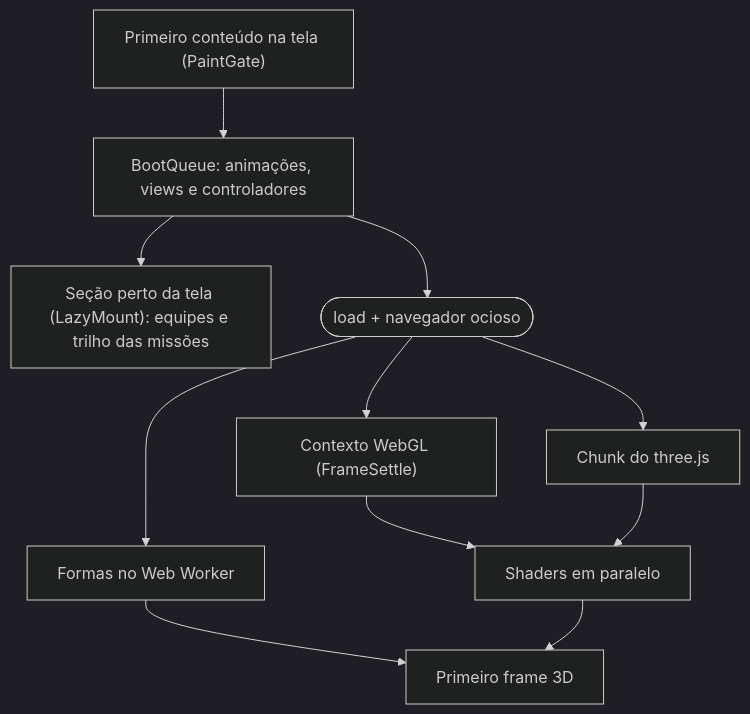
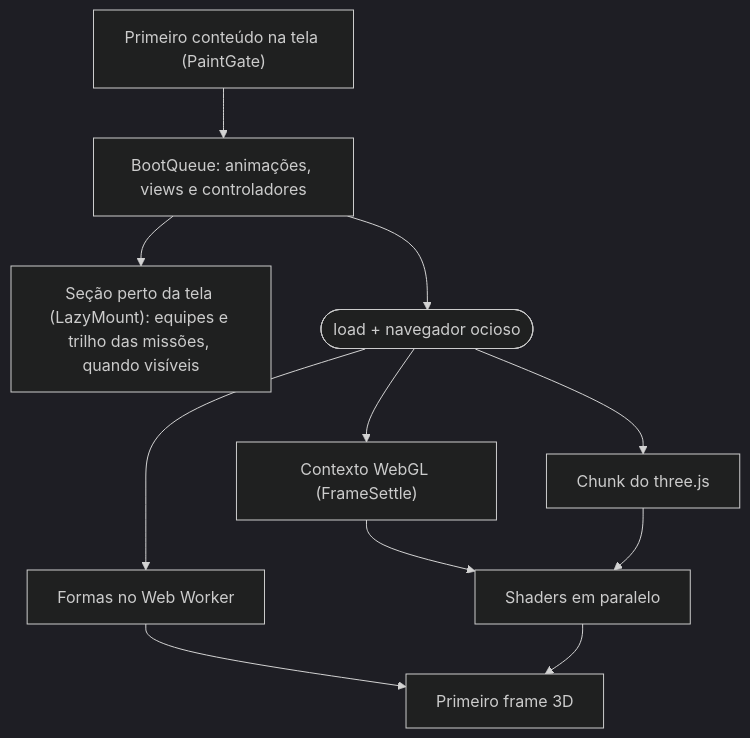
Before and after one commit to Marcos-Codfy/lp-hackarun: the second of 2 diagrams in README.md, drawn with Mermaid (dark theme). The commit also changed other lines of this file and 1 other file, not shown here.

````diff
--- a/README.md
+++ b/README.md
@@ -164,13 +173,13 @@
 ```mermaid
 flowchart TB
   P["Primeiro conteúdo na tela (PaintGate)"] --> B["BootQueue: animações, views e controladores"]
-  B --> Z["Seção perto da tela (LazyMount): equipes e trilho das missões"]
+  B --> Z["Seção perto da tela (LazyMount): equipes e trilho das missões, quando visíveis"]
   B --> L(["load + navegador ocioso"])
   L --> X["Chunk do three.js"]
   L --> W["Formas no Web Worker"]
   L --> F["Contexto WebGL (FrameSettle)"]
   F --> S["Shaders em paralelo"]
   X --> S
   W --> R["Primeiro frame 3D"]
   S --> R
 ```
````
